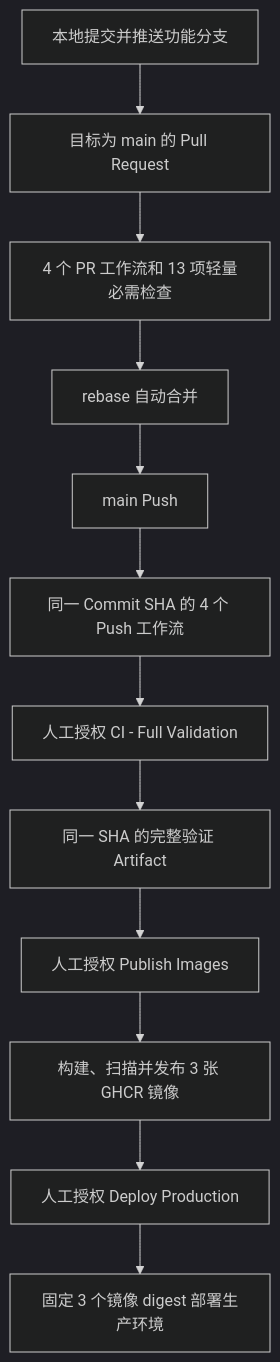
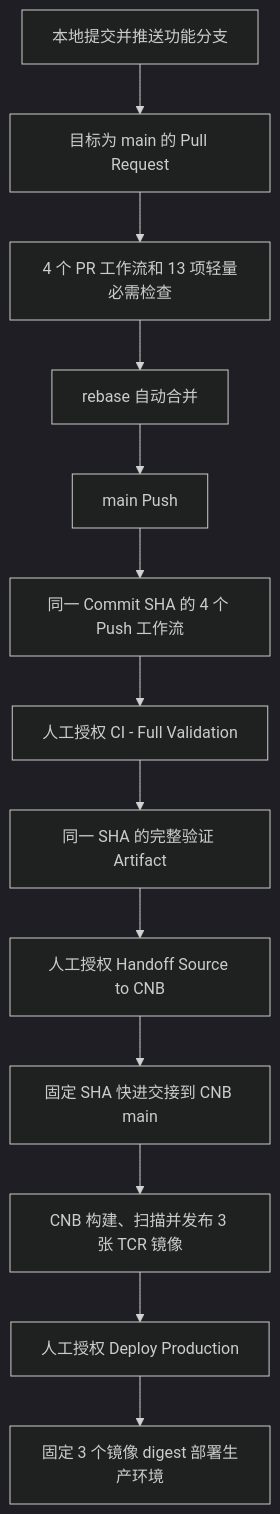
The diagram in docs/operations/github-actions-workflows.md (jinmozhe/pinjie-fullstack-base), drawn with Mermaid (dark theme) before and after one commit. The commit also changed other lines of this file and 15 other files, not shown here.

Commit message:
feat: add CNB TCR image publishing pipeline

````diff
--- a/docs/operations/github-actions-workflows.md
+++ b/docs/operations/github-actions-workflows.md
@@ -23,14 +23,15 @@
 ```mermaid
 flowchart TD
     A["本地提交并推送功能分支"] --> B["目标为 main 的 Pull Request"]
     B --> C["4 个 PR 工作流和 13 项轻量必需检查"]
     C --> D["rebase 自动合并"]
     D --> E["main Push"]
     E --> G["同一 Commit SHA 的 4 个 Push 工作流"]
     G --> F["人工授权 CI - Full Validation"]
     F --> N["同一 SHA 的完整验证 Artifact"]
-    N --> H["人工授权 Publish Images"]
-    H --> I["构建、扫描并发布 3 张 GHCR 镜像"]
-    I --> K["人工授权 Deploy Production"]
+    N --> H["人工授权 Handoff Source to CNB"]
+    H --> I["固定 SHA 快进交接到 CNB main"]
+    I --> J["CNB 构建、扫描并发布 3 张 TCR 镜像"]
+    J --> K["人工授权 Deploy Production"]
     K --> L["固定 3 个镜像 digest 部署生产环境"]
 ```
````
